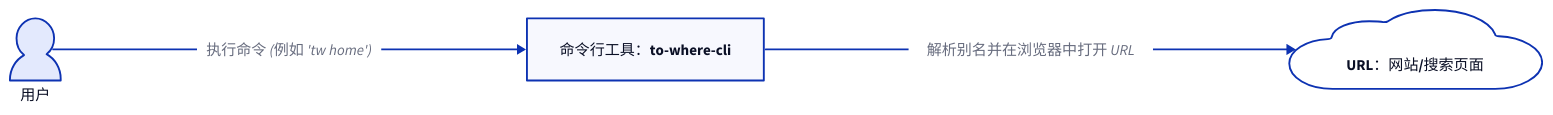
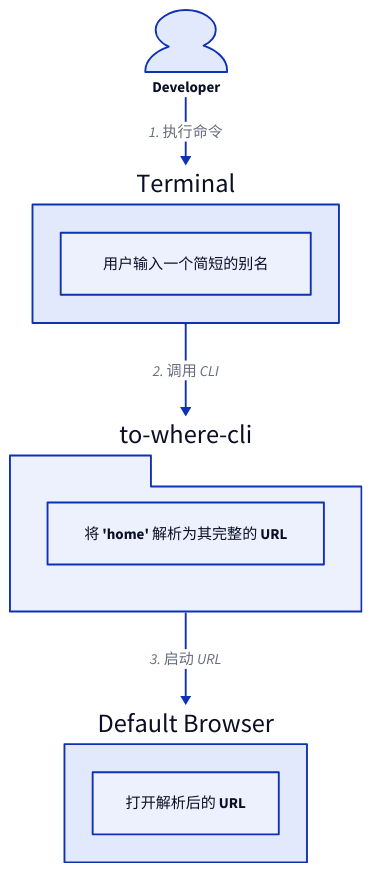
The diagram in .aigne/doc-smith/docs/overview.zh.md (lban2049/to-where-cli), drawn with D2 before and after one commit. The commit also changed other lines of this file and 24 other files, not shown here.

````diff
--- a/.aigne/doc-smith/docs/overview.zh.md
+++ b/.aigne/doc-smith/docs/overview.zh.md
@@ -9,18 +7,26 @@
 ```d2
-direction: right
+direction: down
 
-用户: {
+"Developer": {
   shape: person
 }
 
-"命令行工具：to-where-cli": {
+"Terminal": {
   shape: rectangle
+  "tw home": "用户输入一个简短的别名"
 }
 
-"URL：网站/搜索页面": {
-  shape: cloud
+"to-where-cli": {
+  shape: package
+  "Alias Lookup": "将 'home' 解析为其完整的 URL"
 }
 
-用户 -> "命令行工具：to-where-cli": "执行命令 (例如 'tw home')"
-"命令行工具：to-where-cli" -> "URL：网站/搜索页面": "解析别名并在浏览器中打开 URL"
+"Default Browser": {
+  shape: rectangle
+  "打开解析后的 URL"
+}
+
+"Developer" -> "Terminal": "1. 执行命令"
+"Terminal" -> "to-where-cli": "2. 调用 CLI"
+"to-where-cli" -> "Default Browser": "3. 启动 URL"
 ```
````
